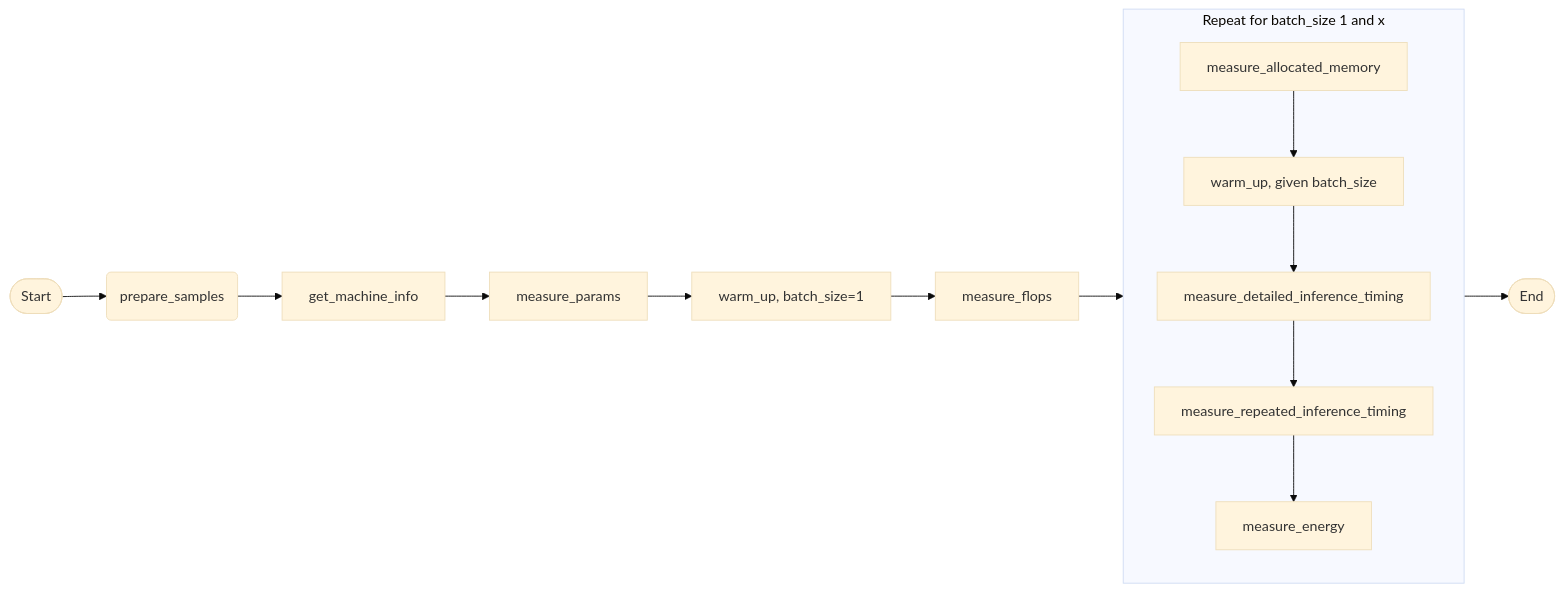
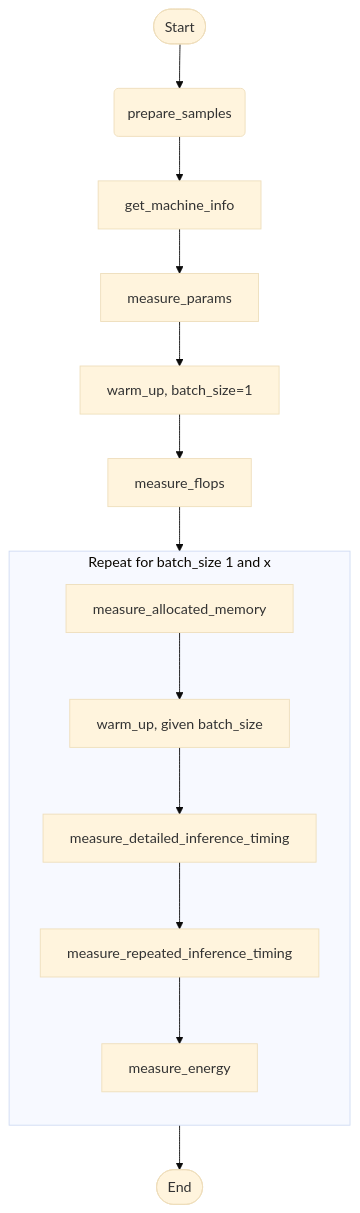
The first of 2 diagrams in README.md (LukasHedegaard/pytorch-benchmark), drawn with Mermaid (base theme) before and after one commit.

Commit message:
Update flowchart directions

````diff
--- a/README.md
+++ b/README.md
@@ -254,21 +254,21 @@
 ```mermaid
-flowchart LR;
+flowchart TB;
     A([Start]) --> B
     B(prepare_samples)
     B --> C[get_machine_info]
     C --> D[measure_params]
     D --> E[warm_up, batch_size=1]
     E --> F[measure_flops]
     
     subgraph SG[Repeat for batch_size 1 and x]
         direction TB
         G[measure_allocated_memory]
         G --> H[warm_up, given batch_size]
         H --> I[measure_detailed_inference_timing]
         I --> J[measure_repeated_inference_timing]
         J --> K[measure_energy]
     end
 
     F --> SG
     SG --> END([End])
 ```
````
